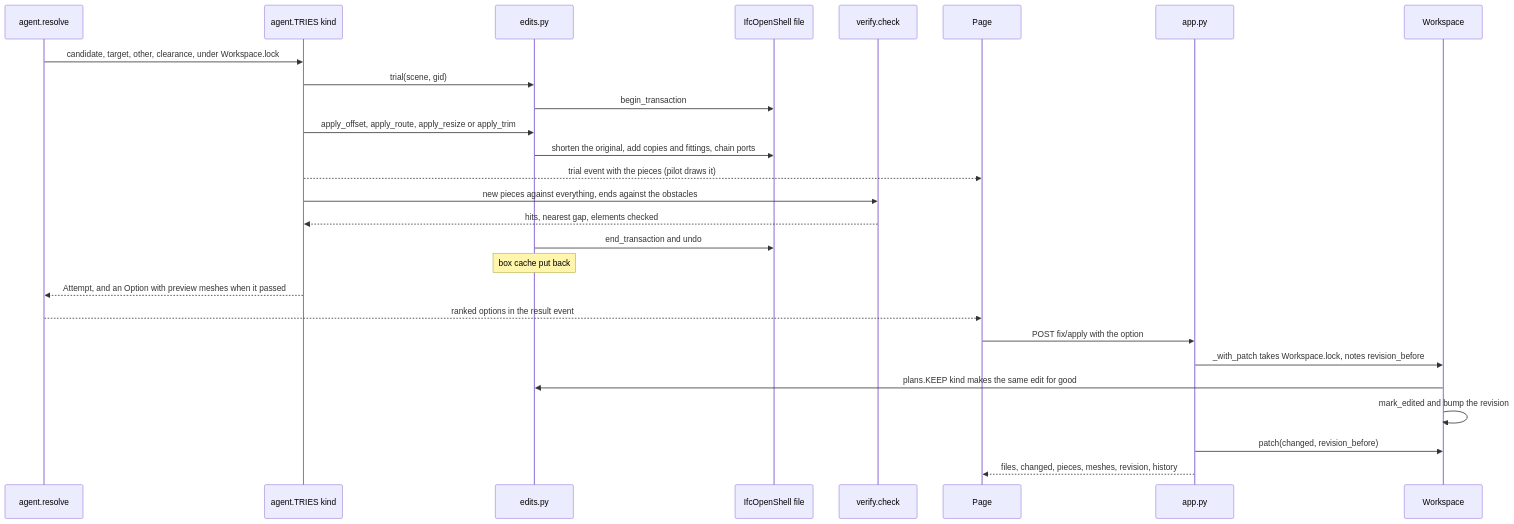
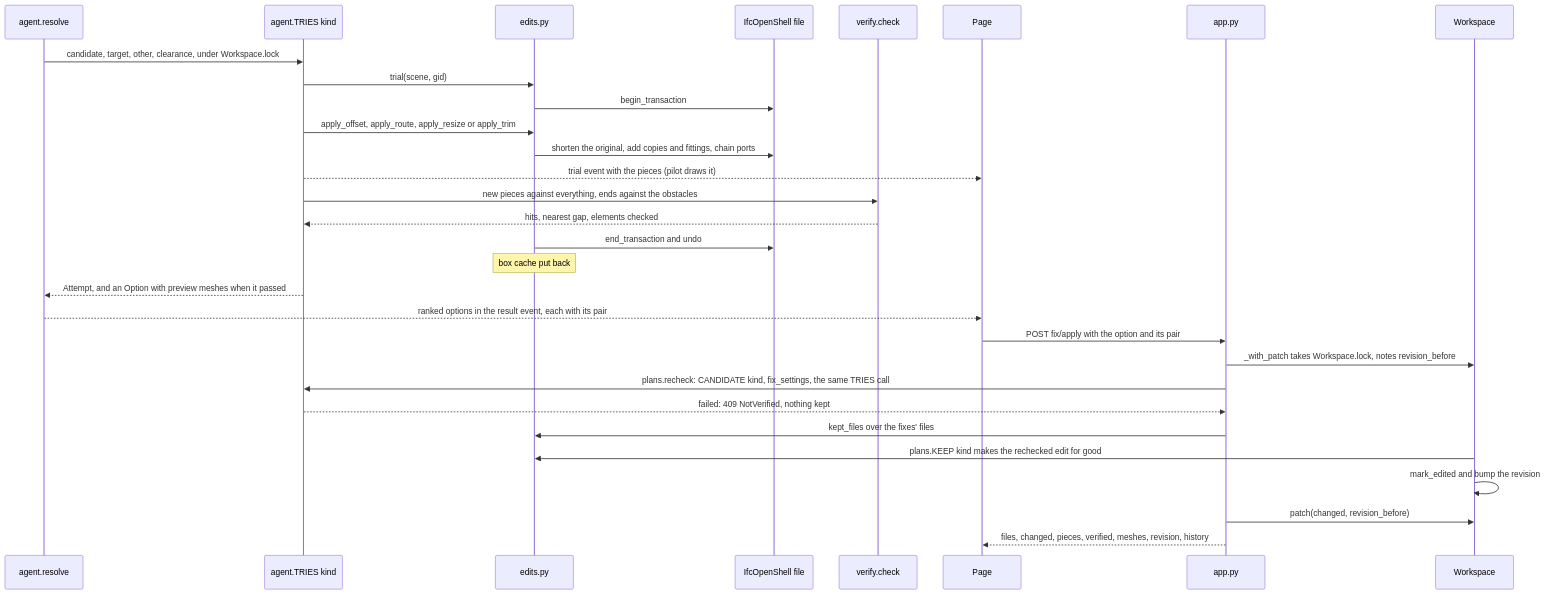
Before and after one commit to IssueLab-Inc/ORCA: the fourth of 5 diagrams in docs/architecture/07-fixes-and-edits.md, drawn with Mermaid. The commit also changed other lines of this file and 11 other files, not shown here.

````diff
--- a/docs/architecture/07-fixes-and-edits.md
+++ b/docs/architecture/07-fixes-and-edits.md
@@ -434,29 +437,32 @@
 ```mermaid
 sequenceDiagram
     participant agentLoop as agent.resolve
     participant tryFn as agent.TRIES kind
     participant ed as edits.py
     participant ifc as IfcOpenShell file
     participant chk as verify.check
     participant page as Page
     participant api as app.py
     participant ws as Workspace
     agentLoop->>tryFn: candidate, target, other, clearance, under Workspace.lock
     tryFn->>ed: trial(scene, gid)
     ed->>ifc: begin_transaction
     tryFn->>ed: apply_offset, apply_route, apply_resize or apply_trim
     ed->>ifc: shorten the original, add copies and fittings, chain ports
     tryFn-->>page: trial event with the pieces (pilot draws it)
     tryFn->>chk: new pieces against everything, ends against the obstacles
     chk-->>tryFn: hits, nearest gap, elements checked
     ed->>ifc: end_transaction and undo
     Note over ed: box cache put back
     tryFn-->>agentLoop: Attempt, and an Option with preview meshes when it passed
-    agentLoop-->>page: ranked options in the result event
-    page->>api: POST fix/apply with the option
+    agentLoop-->>page: ranked options in the result event, each with its pair
+    page->>api: POST fix/apply with the option and its pair
     api->>ws: _with_patch takes Workspace.lock, notes revision_before
-    ws->>ed: plans.KEEP kind makes the same edit for good
+    api->>tryFn: plans.recheck: CANDIDATE kind, fix_settings, the same TRIES call
+    tryFn-->>api: failed: 409 NotVerified, nothing kept
+    api->>ed: kept_files over the fixes' files
+    ws->>ed: plans.KEEP kind makes the rechecked edit for good
     ws->>ws: mark_edited and bump the revision
     api->>ws: patch(changed, revision_before)
-    api-->>page: files, changed, pieces, meshes, revision, history
+    api-->>page: files, changed, pieces, verified, meshes, revision, history
 ```
````
